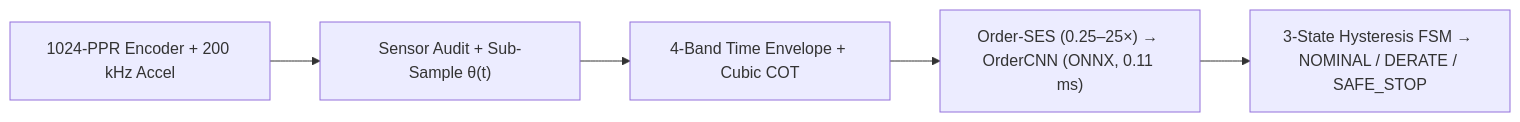
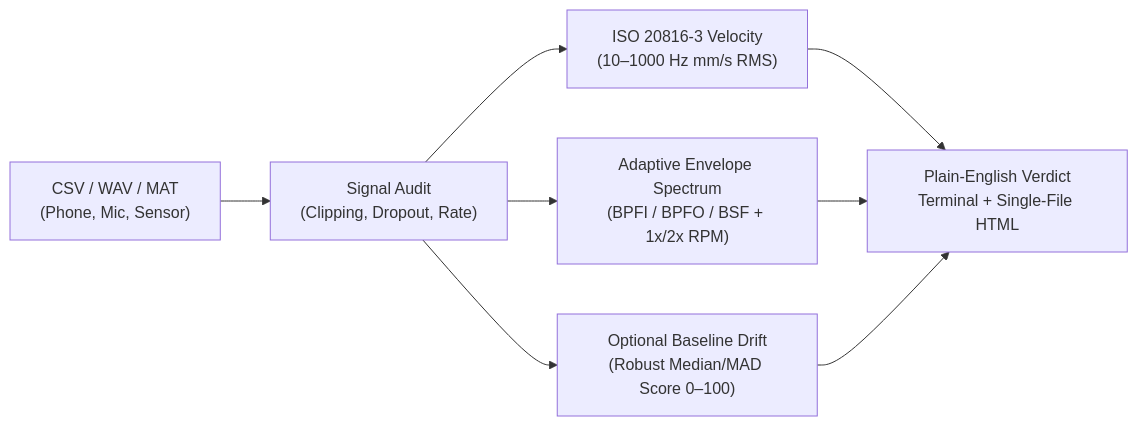
One commit to aryanhood/shm-bearing-dataset changed the diagram in README.md. Above: the diagram before and after it, drawn with Mermaid. The commit also changed other lines of this file and 47 other files, not shown here.

Commit message:
Rebuild as vibcheck: human-first vibration & bearing health diagnostics from CSV, WAV, or MAT

````diff
--- a/README.md
+++ b/README.md
@@ -51,7 +90,8 @@
 ```mermaid
 flowchart LR
-    A["1024-PPR Encoder + 200 kHz Accel"] --> B["Sensor Audit + Sub-Sample θ(t)"]
-    B --> C["4-Band Time Envelope + Cubic COT"]
-    C --> D["Order-SES (0.25–25×) → OrderCNN (ONNX, 0.11 ms)"]
-    D --> E["3-State Hysteresis FSM → NOMINAL / DERATE / SAFE_STOP"]
+    A["CSV / WAV / MAT<br/>(Phone, Mic, Sensor)"] --> B["Signal Audit<br/>(Clipping, Dropout, Rate)"]
+    B --> C["ISO 20816-3 Velocity<br/>(10–1000 Hz mm/s RMS)"]
+    B --> D["Adaptive Envelope Spectrum<br/>(BPFI / BPFO / BSF + 1x/2x RPM)"]
+    B --> E["Optional Baseline Drift<br/>(Robust Median/MAD Score 0–100)"]
+    C & D & E --> F["Plain-English Verdict<br/>Terminal + Single-File HTML"]
 ```
````
